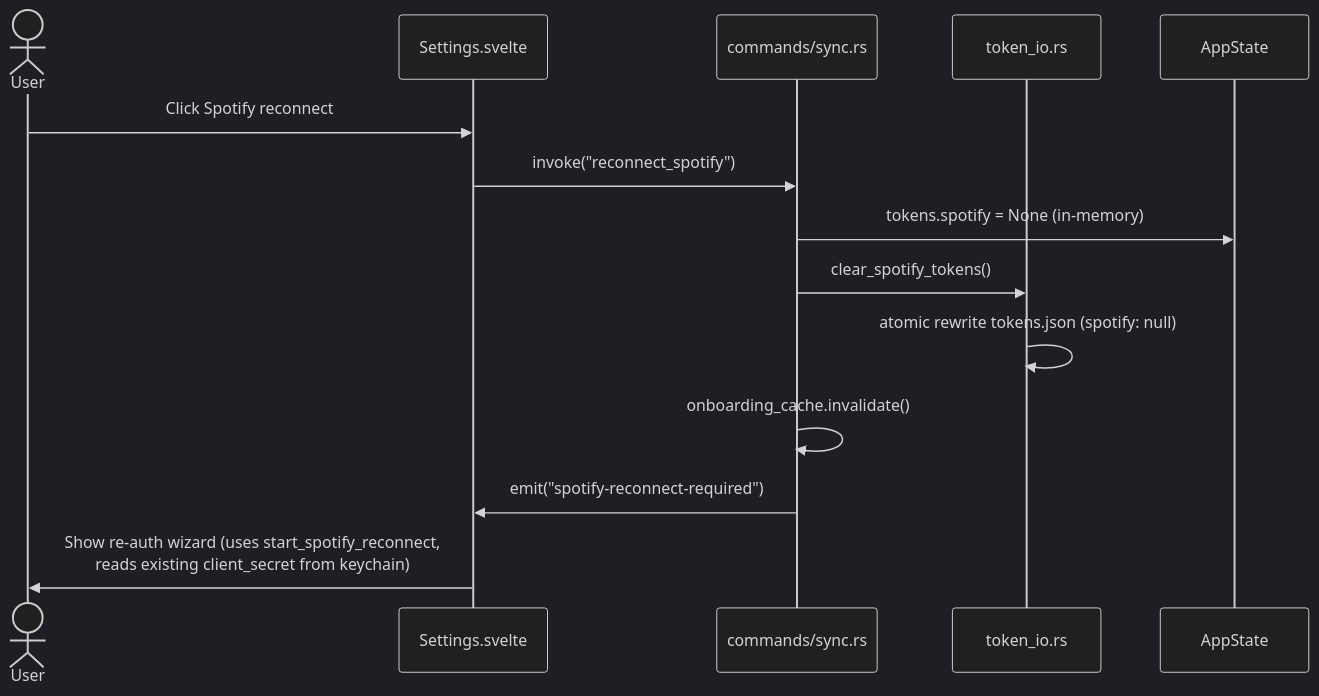
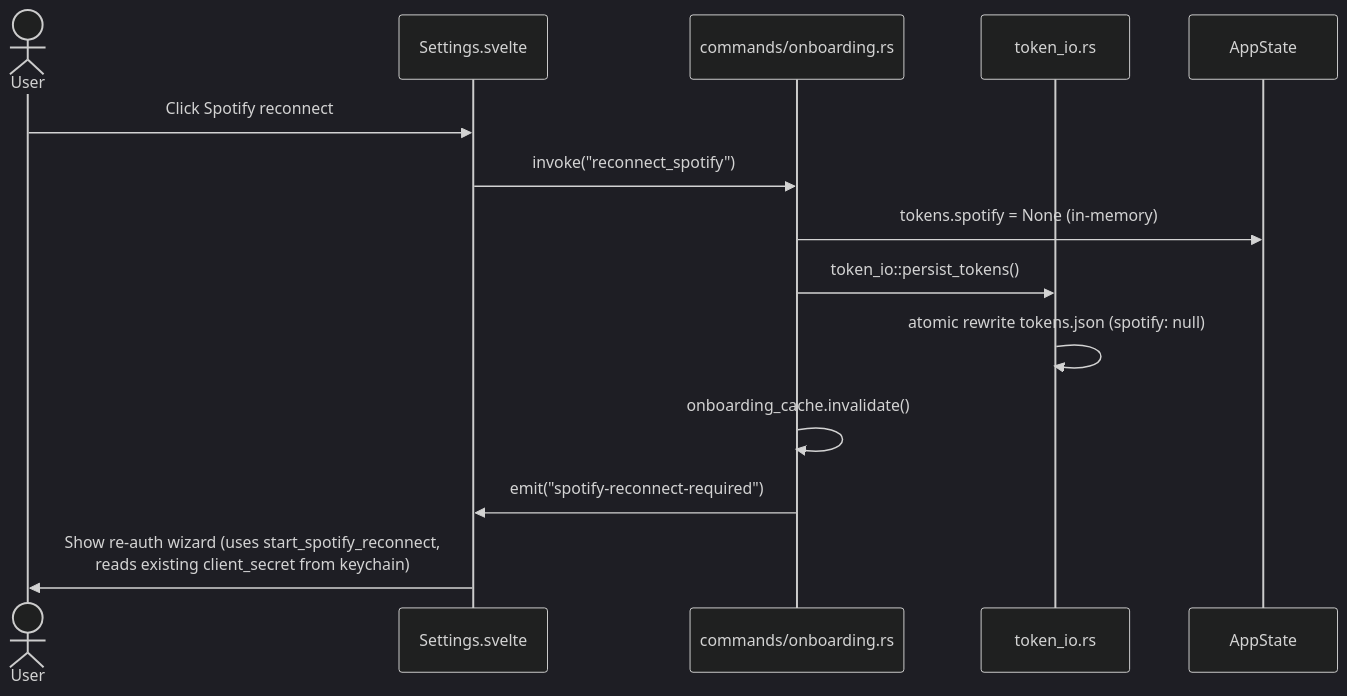
Before and after one commit to Carme99/PresenceJam-Desktop: the sixth of 8 diagrams in ARCHITECTURE.md, drawn with Mermaid (dark theme). The commit also changed other lines of this file and 2 other files, not shown here.

````diff
--- a/ARCHITECTURE.md
+++ b/ARCHITECTURE.md
@@ -390,17 +390,17 @@
 ```mermaid
 sequenceDiagram
     actor User
     participant UI as Settings.svelte
-    participant Commands as commands/sync.rs
+    participant Commands as commands/onboarding.rs
     participant TokenIO as token_io.rs
     participant State as AppState
 
     User->>UI: Click Spotify reconnect
     UI->>Commands: invoke("reconnect_spotify")
     Commands->>State: tokens.spotify = None (in-memory)
-    Commands->>TokenIO: clear_spotify_tokens()
+    Commands->>TokenIO: token_io::persist_tokens()
     TokenIO->>TokenIO: atomic rewrite tokens.json (spotify: null)
     Commands->>Commands: onboarding_cache.invalidate()
     Commands->>UI: emit("spotify-reconnect-required")
     UI->>User: Show re-auth wizard (uses start_spotify_reconnect,<br/>reads existing client_secret from keychain)
 ```
````
